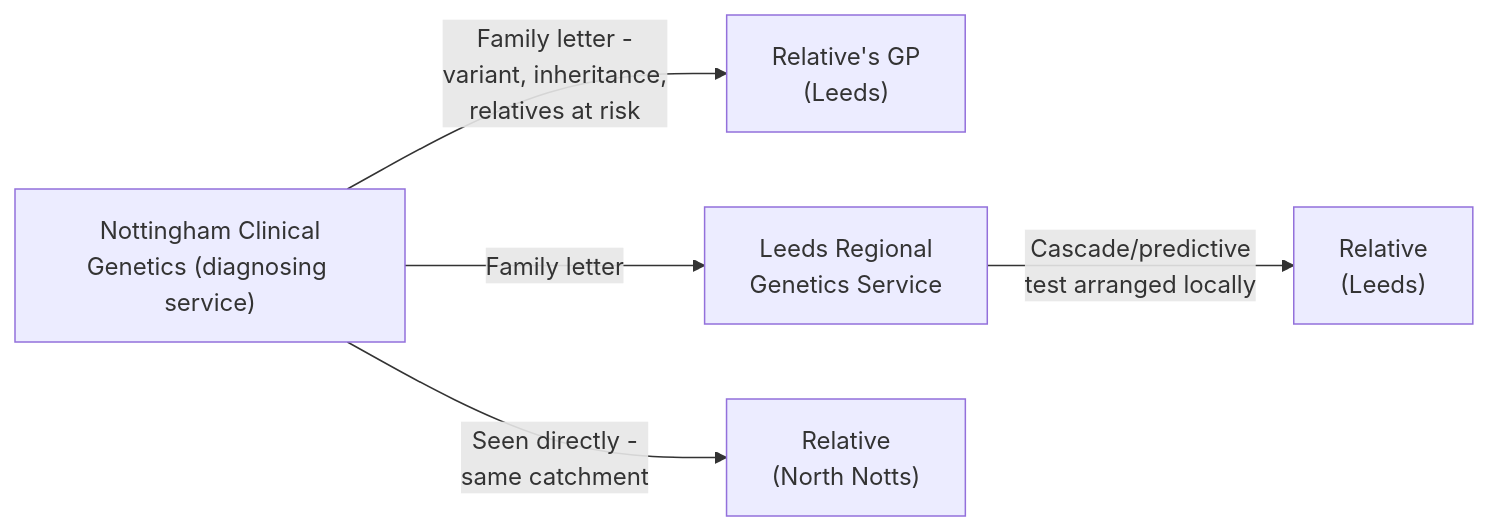
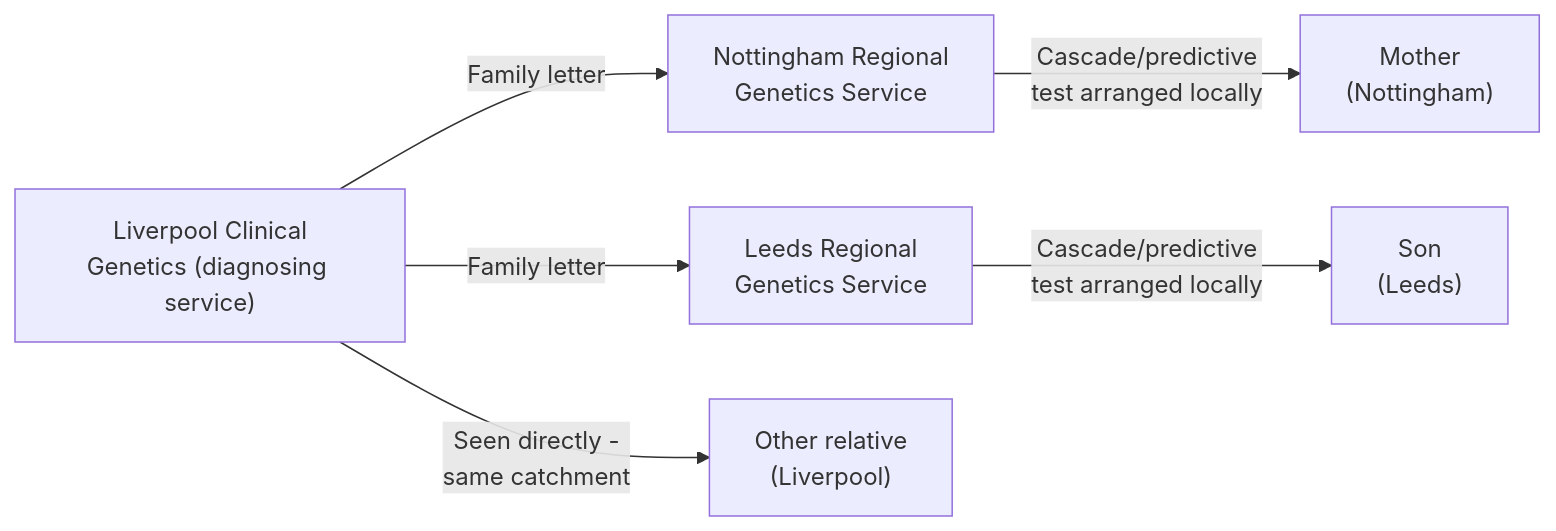
Before and after one commit to nw-gmsa/nw-gmsa.github.com: the third of 6 diagrams in input/pagecontent/CancerNOS.md, drawn with Mermaid. The commit also changed other lines of this file, not shown here.

````diff
--- a/input/pagecontent/CancerNOS.md
+++ b/input/pagecontent/CancerNOS.md
@@ -122,7 +122,8 @@
 ```mermaid
 flowchart LR
-    NG["Nottingham Clinical<br/>Genetics (diagnosing service)"] -->|"Family letter -<br/>variant, inheritance,<br/>relatives at risk"| GP["Relative's GP<br/>(Leeds)"]
-    NG -->|"Family letter"| LG["Leeds Regional<br/>Genetics Service"]
-    LG -->|"Cascade/predictive<br/>test arranged locally"| RelL["Relative<br/>(Leeds)"]
-    NG -->|"Seen directly -<br/>same catchment"| RelN["Relative<br/>(North Notts)"]
+    LivG["Liverpool Clinical<br/>Genetics (diagnosing service)"] -->|"Family letter"| NottG["Nottingham Regional<br/>Genetics Service"]
+    NottG -->|"Cascade/predictive<br/>test arranged locally"| RelN["Mother<br/>(Nottingham)"]
+    LivG -->|"Family letter"| LeedsG["Leeds Regional<br/>Genetics Service"]
+    LeedsG -->|"Cascade/predictive<br/>test arranged locally"| RelL["Son<br/>(Leeds)"]
+    LivG -->|"Seen directly -<br/>same catchment"| RelLiv["Other relative<br/>(Liverpool)"]
 ```
````
